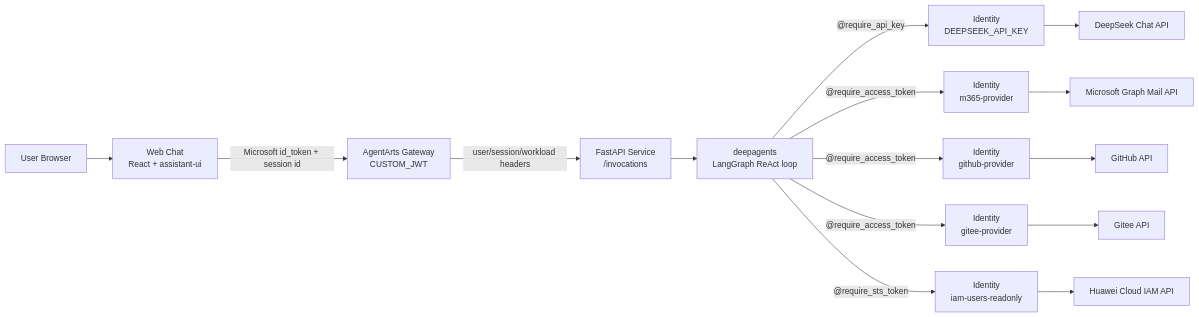
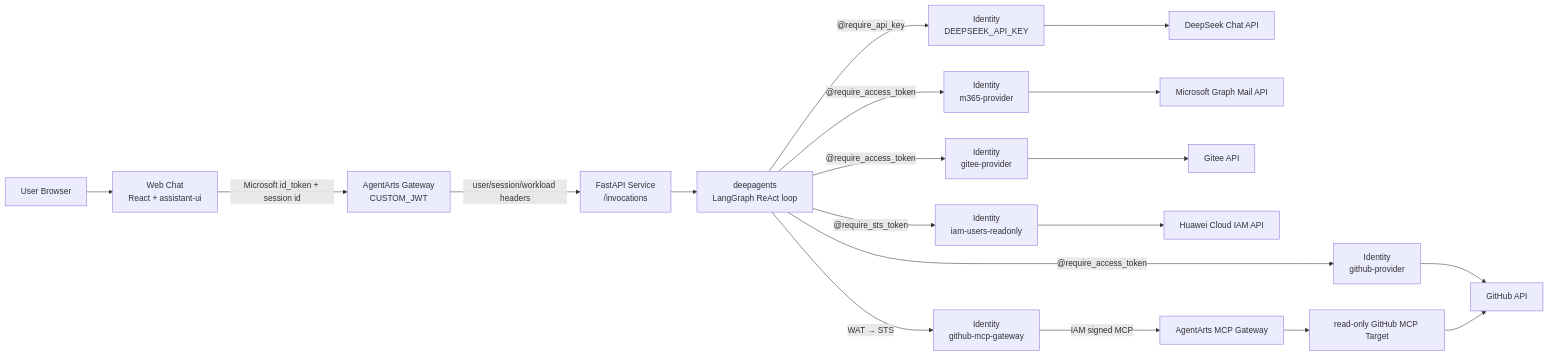
The diagram in README.md (T-1009/personal-assistant), drawn with Mermaid before and after one commit. The commit also changed other lines of this file and 29 other files, not shown here.

````diff
--- a/README.md
+++ b/README.md
@@ -40,19 +41,23 @@
 ```mermaid
 flowchart LR
     User["User Browser"] --> Client["Web Chat<br/>React + assistant-ui"]
     Client -->|"Microsoft id_token + session id"| Gateway["AgentArts Gateway<br/>CUSTOM_JWT"]
     Gateway -->|"user/session/workload headers"| Service["FastAPI Service<br/>/invocations"]
     Service --> Agent["deepagents<br/>LangGraph ReAct loop"]
 
     Agent -->|"@require_api_key"| LLMKey["Identity<br/>DEEPSEEK_API_KEY"]
     Agent -->|"@require_access_token"| M365["Identity<br/>m365-provider"]
     Agent -->|"@require_access_token"| GitHub["Identity<br/>github-provider"]
     Agent -->|"@require_access_token"| Gitee["Identity<br/>gitee-provider"]
     Agent -->|"@require_sts_token"| IAM["Identity<br/>iam-users-readonly"]
+    Agent -->|"WAT → STS"| MCPIdentity["Identity<br/>github-mcp-gateway"]
 
     LLMKey --> LLM["DeepSeek Chat API"]
     M365 --> Graph["Microsoft Graph Mail API"]
     GitHub --> GitHubAPI["GitHub API"]
     Gitee --> GiteeAPI["Gitee API"]
     IAM --> HuaweiIAM["Huawei Cloud IAM API"]
+    MCPIdentity -->|"IAM signed MCP"| MCPGateway["AgentArts MCP Gateway"]
+    MCPGateway --> MCPTarget["read-only GitHub MCP Target"]
+    MCPTarget --> GitHubAPI
 ```
````
